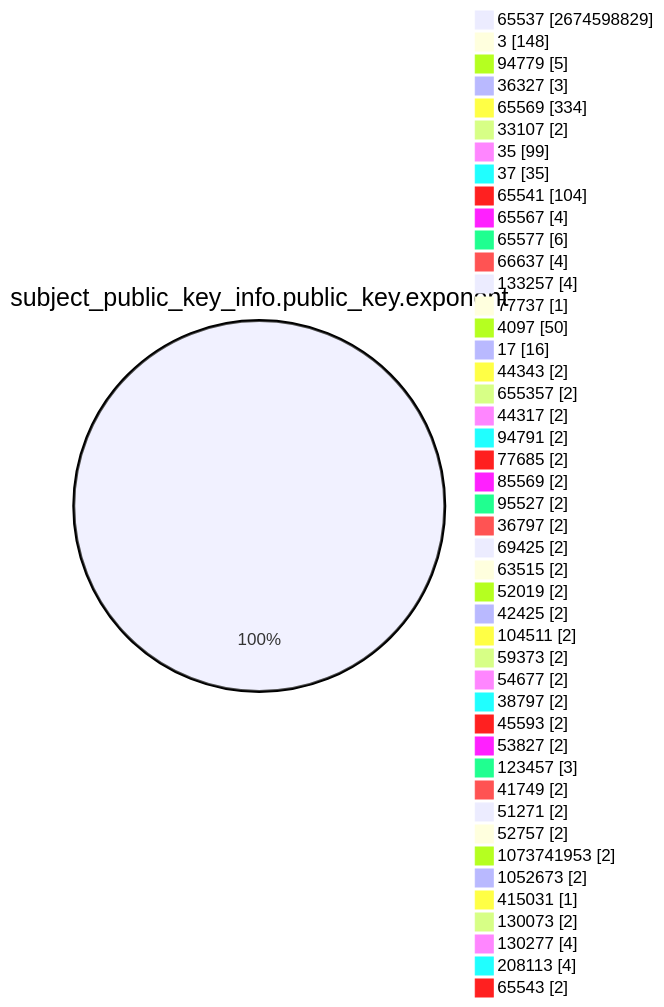
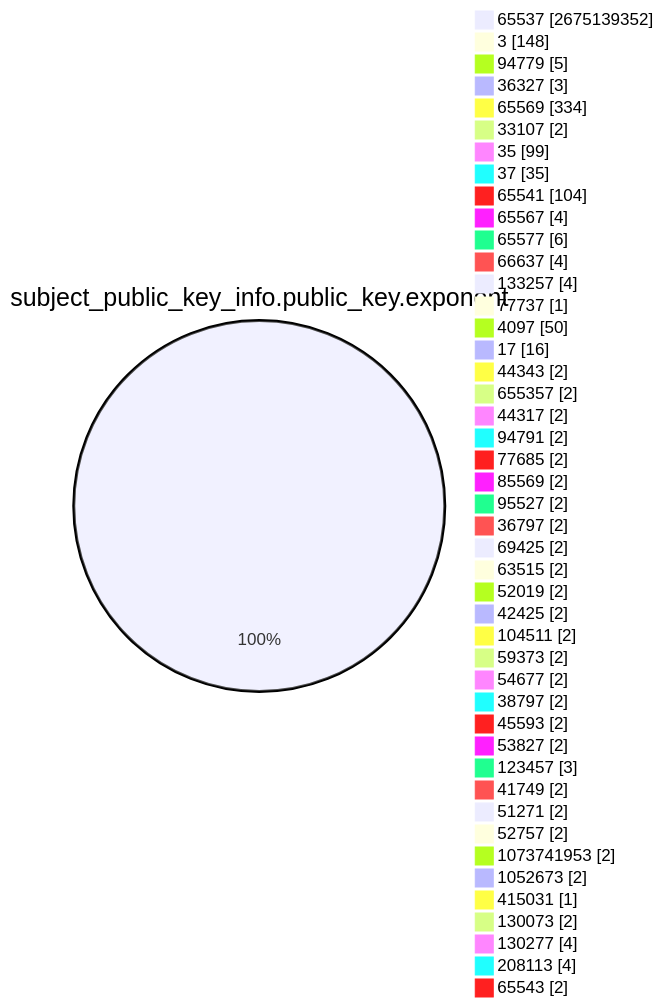
The fourth of 15 diagrams in TOTAL/README.md (christiankrug/ctmonitor_visualization), drawn with Mermaid before and after one commit. The commit also changed other lines of this file, not shown here.

````diff
--- a/TOTAL/README.md
+++ b/TOTAL/README.md
@@ -1467,49 +1467,49 @@
 ```mermaid
 pie showData
 title subject_public_key_info.public_key.exponent
-"65537" :2674598829
+"65537" :2675139352
 "3" :148
 "94779" :5
 "36327" :3
 "65569" :334
 "33107" :2
 "35" :99
 "37" :35
 "65541" :104
 "65567" :4
 "65577" :6
 "66637" :4
 "133257" :4
 "77737" :1
 "4097" :50
 "17" :16
 "44343" :2
 "655357" :2
 "44317" :2
 "94791" :2
 "77685" :2
 "85569" :2
 "95527" :2
 "36797" :2
 "69425" :2
 "63515" :2
 "52019" :2
 "42425" :2
 "104511" :2
 "59373" :2
 "54677" :2
 "38797" :2
 "45593" :2
 "53827" :2
 "123457" :3
 "41749" :2
 "51271" :2
 "52757" :2
 "1073741953" :2
 "1052673" :2
 "415031" :1
 "130073" :2
 "130277" :4
 "208113" :4
 "65543" :2
 ```
````
